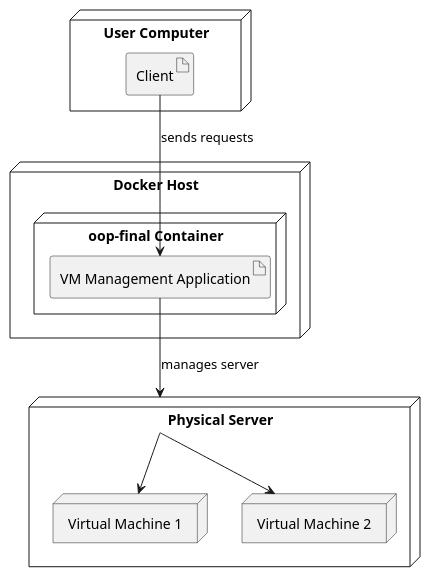
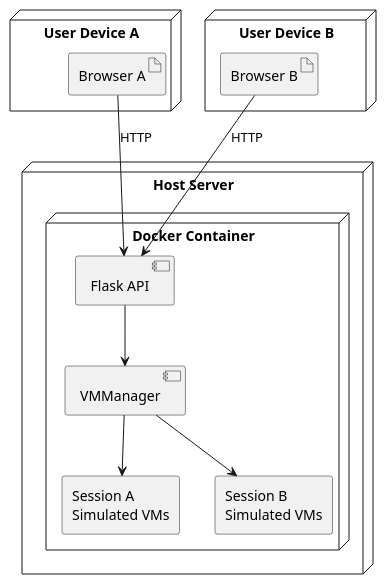
Before and after one commit to JonathanBeals/OOP-Final-Project: the diagram in uml/physical-view.plantuml, drawn with PlantUML. The commit also changed 9 other files, not shown here.

Commit message:
Update 4+1 UML diagrams to reflect final architecture

```diff
--- a/uml/physical-view.plantuml
+++ b/uml/physical-view.plantuml
@@ -1,23 +1,30 @@
 @startuml physical_view
 
-node "User Computer" {
-    artifact "Client"
+skinparam shadowing false
+
+node "User Device A" {
+    artifact "Browser A" as A
 }
 
-node "Docker Host" {
-    node "oop-final Container" {
-        artifact "VM Management Application"
+node "User Device B" {
+    artifact "Browser B" as B
+}
+
+node "Host Server" {
+    node "Docker Container" {
+        component "Flask API" as API
+        component "VMManager" as Manager
+
+        rectangle "Session A\nSimulated VMs" as SessionA
+        rectangle "Session B\nSimulated VMs" as SessionB
+
+        API --> Manager
+        Manager --> SessionA
+        Manager --> SessionB
     }
 }
 
-node "Physical Server" {
-    node "Virtual Machine 1"
-    node "Virtual Machine 2"
-}
-
-"Client" --> "VM Management Application" : sends requests
-"VM Management Application" --> "Physical Server" : manages server
-"Physical Server" --> "Virtual Machine 1"
-"Physical Server" --> "Virtual Machine 2"
+A --> API : HTTP
+B --> API : HTTP
 
 @enduml
```
